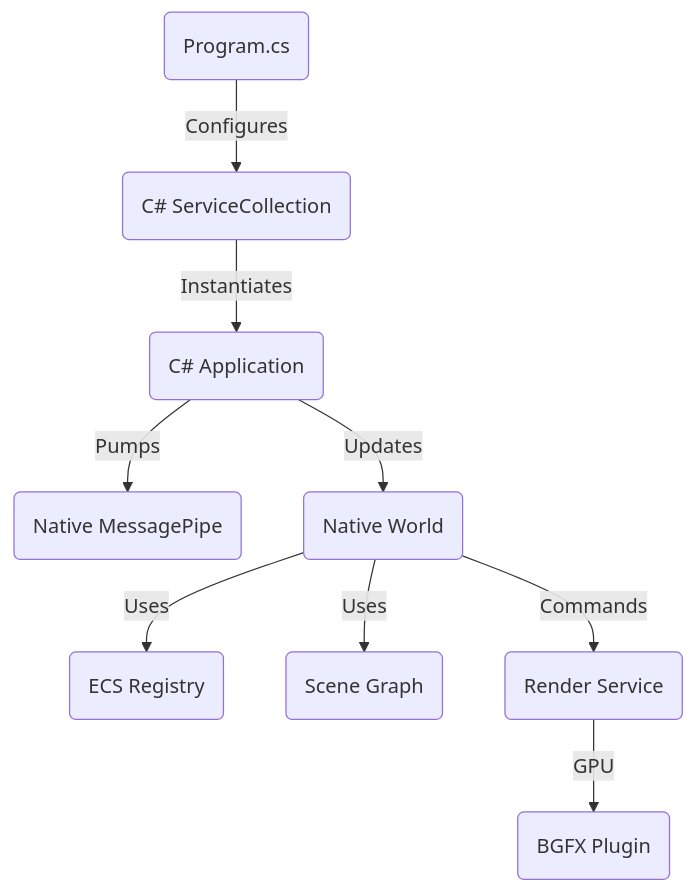
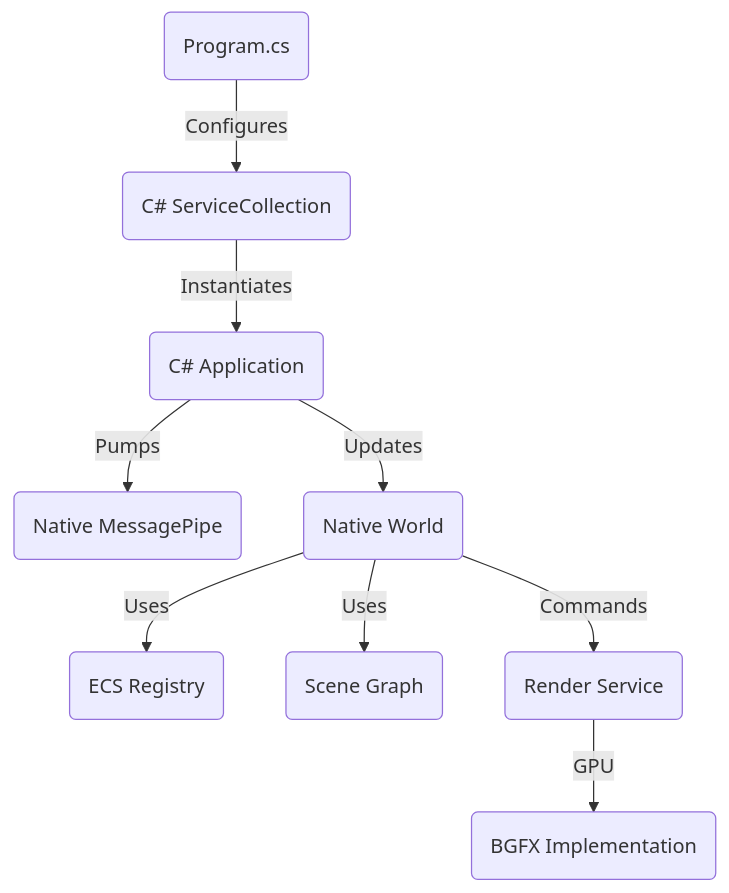
One commit to rael-g/KernelEngine changed the diagram in docs/Architecture/06 - Kernel Transition & Services.md. Above: the diagram before and after it, drawn with Mermaid. The commit also changed other lines of this file and 12 other files, not shown here.

````diff
--- a/docs/Architecture/06 - Kernel Transition & Services.md
+++ b/docs/Architecture/06 - Kernel Transition & Services.md
@@ -47,11 +47,11 @@
 ```mermaid
 graph TD
     User(Program.cs) -->|Configures| DI(C# ServiceCollection)
     DI -->|Instantiates| App(C# Application)
     App -->|Pumps| Pipe(Native MessagePipe)
     App -->|Updates| World(Native World)
     World -->|Uses| ECS(ECS Registry)
     World -->|Uses| Scene(Scene Graph)
     World -->|Commands| Render(Render Service)
-    Render -->|GPU| BGFX(BGFX Plugin)
+    Render -->|GPU| BGFX(BGFX Implementation)
 ```
````
